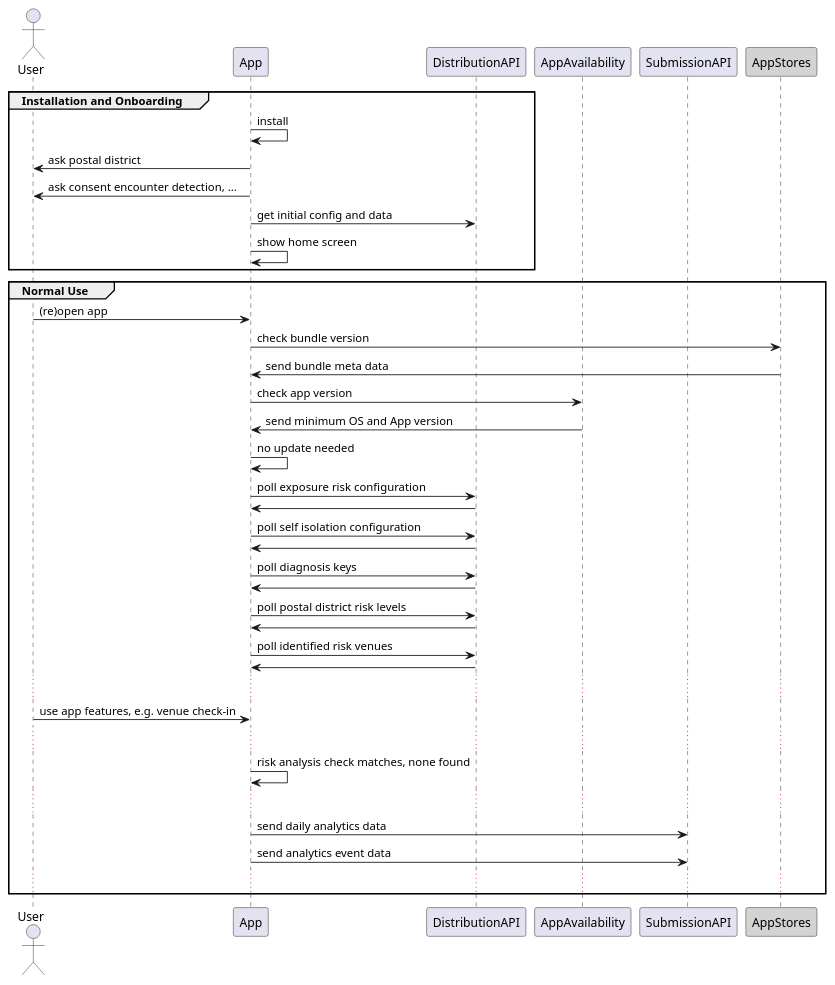
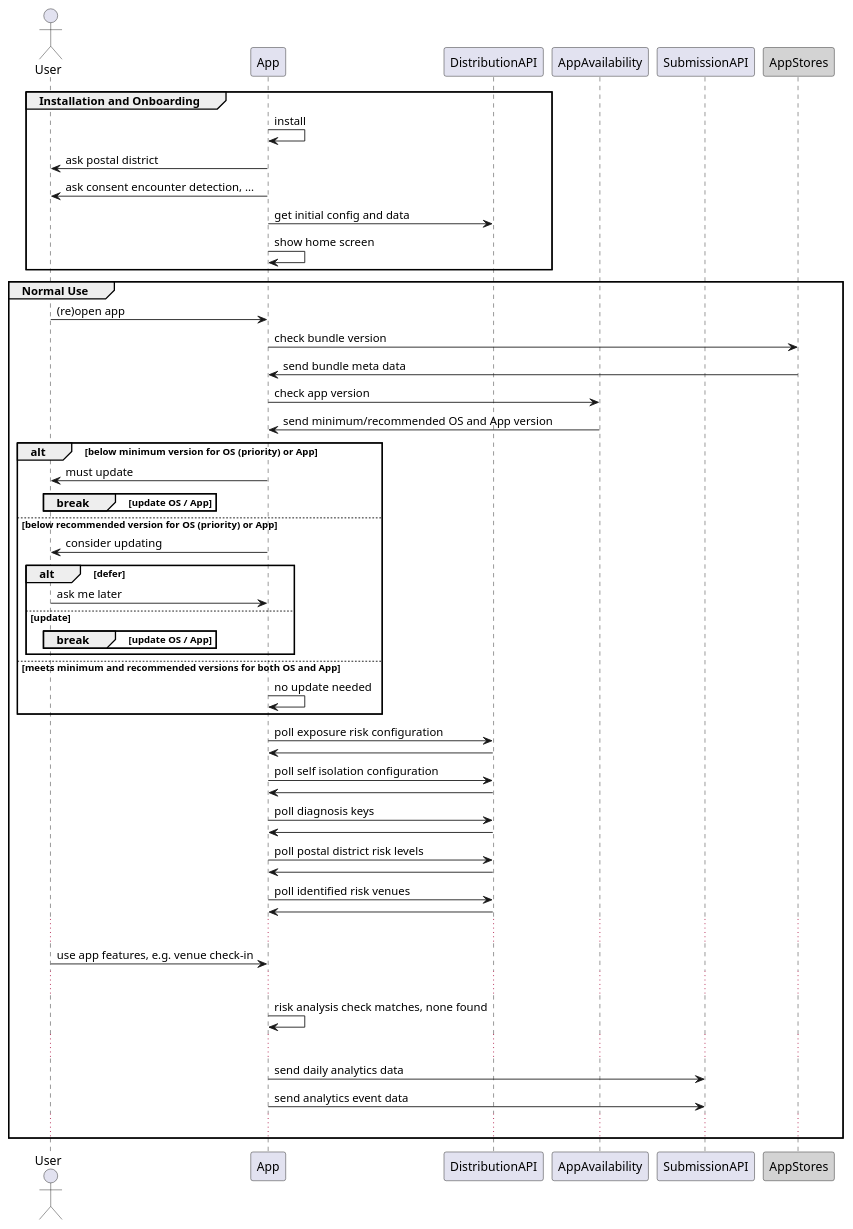
The diagram in doc/architecture/diagrams/plant-uml/sys-flow-install-and-normal.puml (ukhsa-collaboration/covid19-app-system-public), drawn with PlantUML before and after one commit. The commit also changed 459 other files, not shown here.

```diff
--- a/doc/architecture/diagrams/plant-uml/sys-flow-install-and-normal.puml
+++ b/doc/architecture/diagrams/plant-uml/sys-flow-install-and-normal.puml
@@ -1,49 +1,62 @@
 @startuml system-flow_install-and-normal
 
 Actor User 
 
 Participant AppStores order 30 #LightGrey
 
 group Installation and Onboarding
 App -> App : install
 App -> User : ask postal district
 App -> User : ask consent encounter detection, ...
 App -> DistributionAPI: get initial config and data
 App -> App:  show home screen
 end
 
 group Normal Use
 User -> App : (re)open app
 App -> AppStores : check bundle version
 App <- AppStores : send bundle meta data
 App -> AppAvailability : check app version
-App <- AppAvailability : send minimum OS and App version
+App <- AppAvailability : send minimum/recommended OS and App version
+alt below minimum version for OS (priority) or App
+App -> User: must update
+break update OS / App
+end
+else below recommended version for OS (priority) or App
+App -> User: consider updating
+alt defer
+User-> App : ask me later
+else update
+break update OS / App
+end
+end
+else meets minimum and recommended versions for both OS and App
 App -> App: no update needed
-
+end
 App -> DistributionAPI: poll exposure risk configuration
 App <- DistributionAPI: 
 App -> DistributionAPI: poll self isolation configuration
 App <- DistributionAPI
 
 App -> DistributionAPI: poll diagnosis keys
 App <- DistributionAPI
 
 App -> DistributionAPI: poll postal district risk levels
 App <- DistributionAPI
 
 App -> DistributionAPI: poll identified risk venues
 App <- DistributionAPI
 ...
 
 User -> App: use app features, e.g. venue check-in
 ...
 
 App -> App: risk analysis check matches, none found
 ...
 
 App -> SubmissionAPI: send daily analytics data 
 App -> SubmissionAPI: send analytics event data 
 ...
 end
 
 @enduml
```
